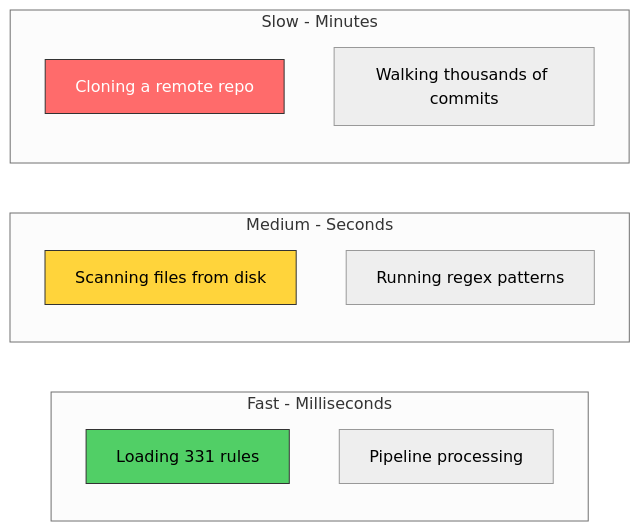
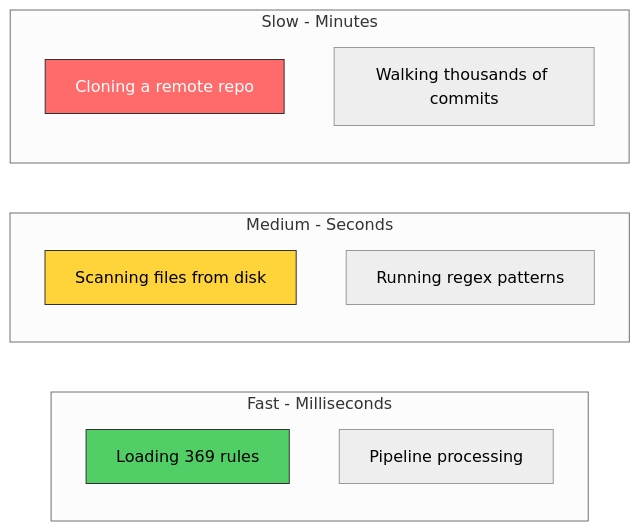
One commit to svemulapati/CredVigil changed diagram 30 of 30 in docs/training/00-System-Design-Simplified.md. Above: the diagram before and after it, drawn with Mermaid (neutral theme). The commit also changed other lines of this file and 20 other files, not shown here.

````diff
--- a/docs/training/00-System-Design-Simplified.md
+++ b/docs/training/00-System-Design-Simplified.md
@@ -1293,21 +1293,21 @@
 ```mermaid
 graph LR
     subgraph "Fast - Milliseconds"
-        F1["Loading 331 rules"]
+        F1["Loading 369 rules"]
         F2["Pipeline processing"]
     end
 
     subgraph "Medium - Seconds"
         F3["Scanning files from disk"]
         F4["Running regex patterns"]
     end
 
     subgraph "Slow - Minutes"
         F5["Cloning a remote repo"]
         F6["Walking thousands of commits"]
     end
 
     style F1 fill:#51cf66,stroke:#333
     style F3 fill:#ffd43b,stroke:#333
     style F5 fill:#ff6b6b,stroke:#333,color:#fff
 ```
````
